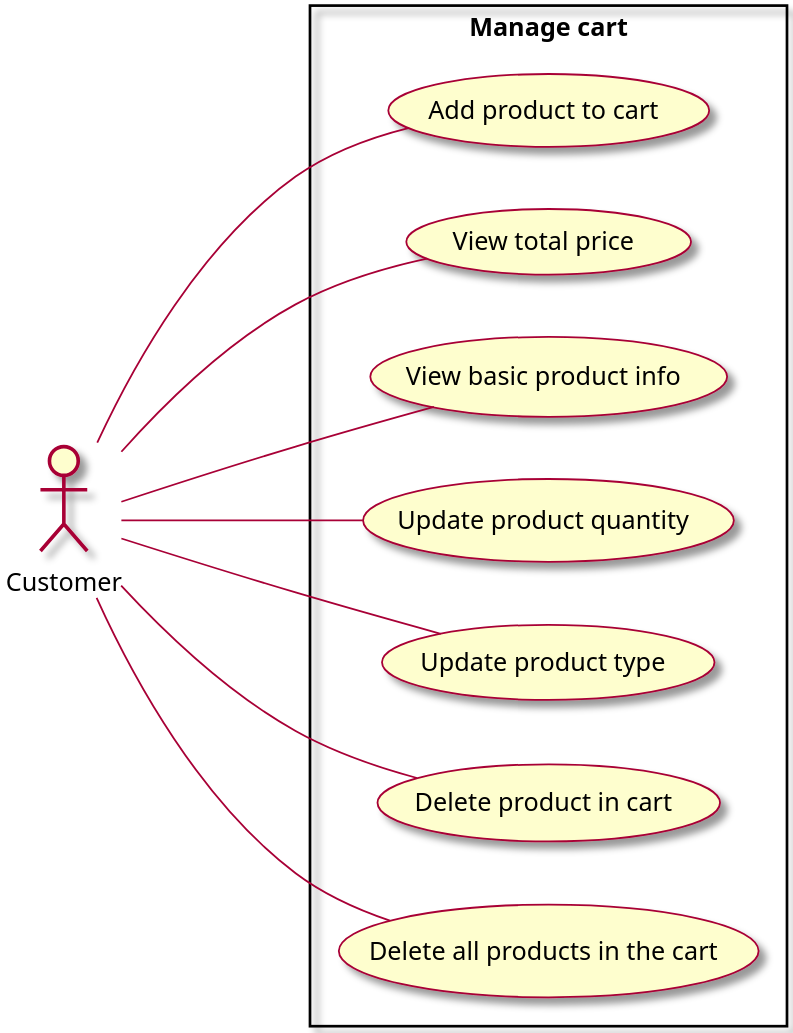
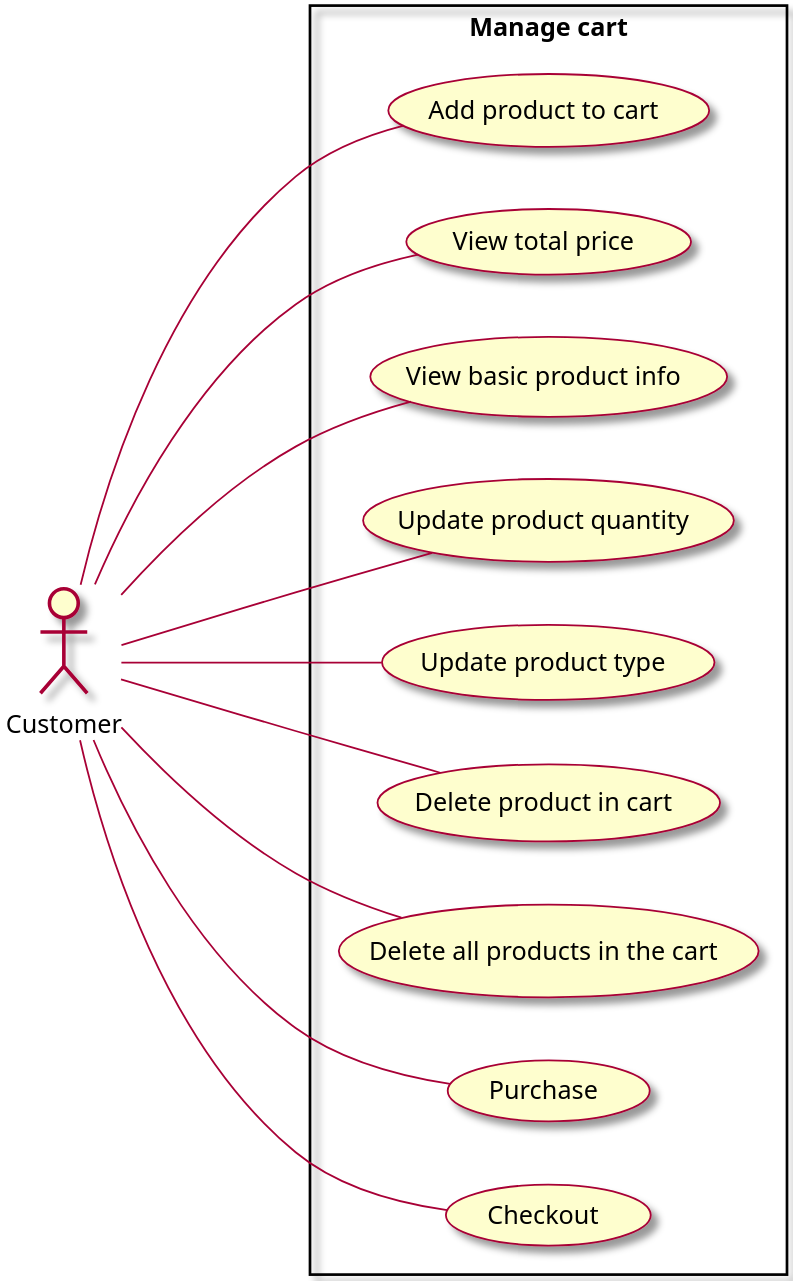
One commit to Marowota/ecommerce-plantuml changed the diagram in Usecase/2. ManageCart.puml. Above: the diagram before and after it, drawn with PlantUML. The commit also changed 10 other files, not shown here.

```diff
--- a/Usecase/2. ManageCart.puml
+++ b/Usecase/2. ManageCart.puml
@@ -1,27 +1,32 @@
 @startuml ManageCart
 
 left to right direction
 scale 3
 skin rose
 
 actor Customer as customer
 
 rectangle "Manage cart" {
     usecase (Add product to cart) as tspvgh
     usecase (View total price) as xtgt
     usecase (View basic product info) as xttcbcsp
     usecase (Update product quantity) as sslsp
     usecase (Update product type) as splhsp
     usecase (Delete product in cart) as xsptrgh
     usecase (Delete all products in the cart) as xttcsptrgh
+    usecase (Delete all products in the cart) as xttcsptrgh
+    usecase (Purchase) as pc
+    usecase (Checkout) as ckout
 }
 
 customer --- tspvgh
 customer --- xtgt
 customer --- xttcbcsp
 customer --- sslsp
 customer --- splhsp
 customer --- xsptrgh
 customer --- xttcsptrgh
+customer --- pc
+customer --- ckout
 
 @enduml
```
